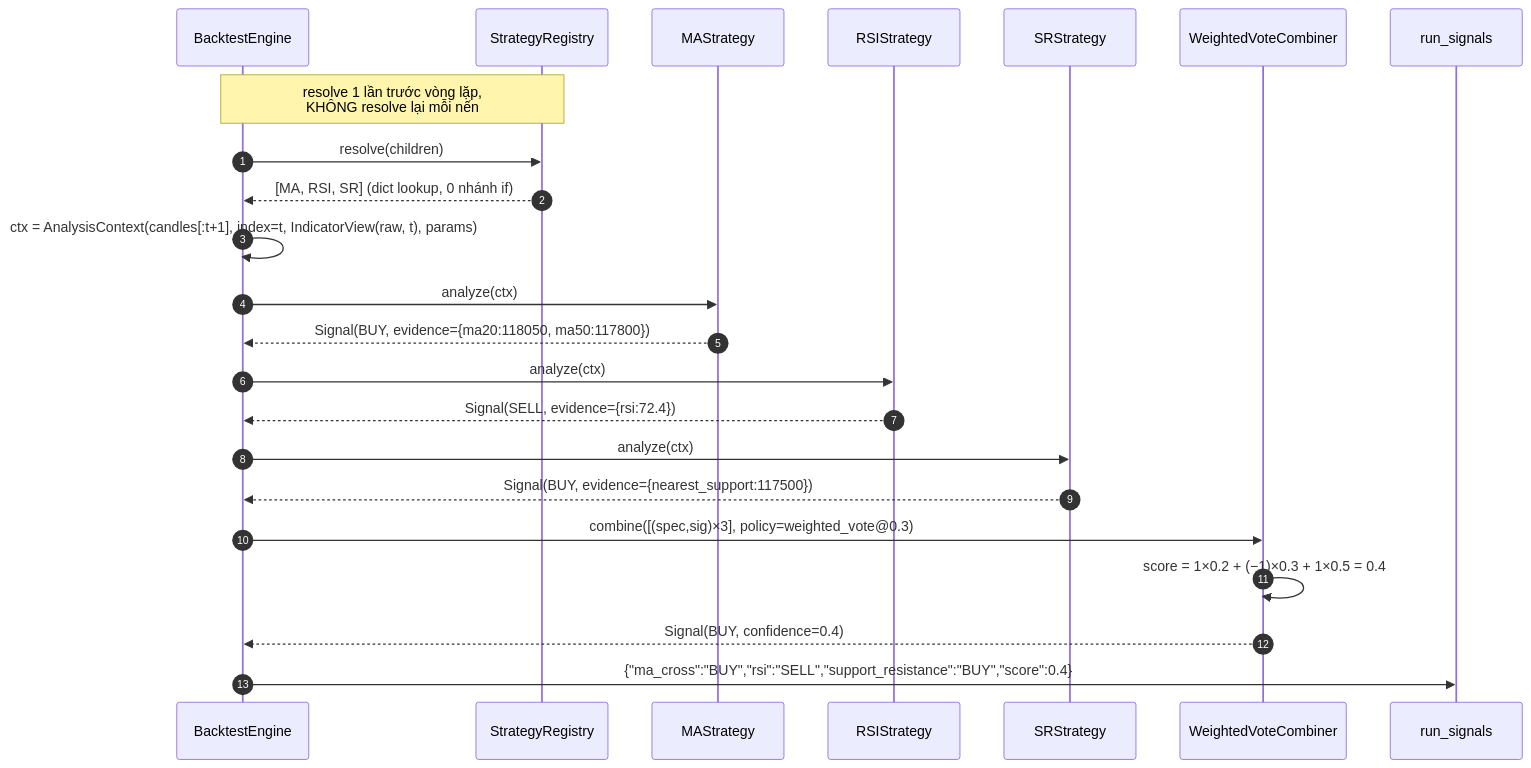
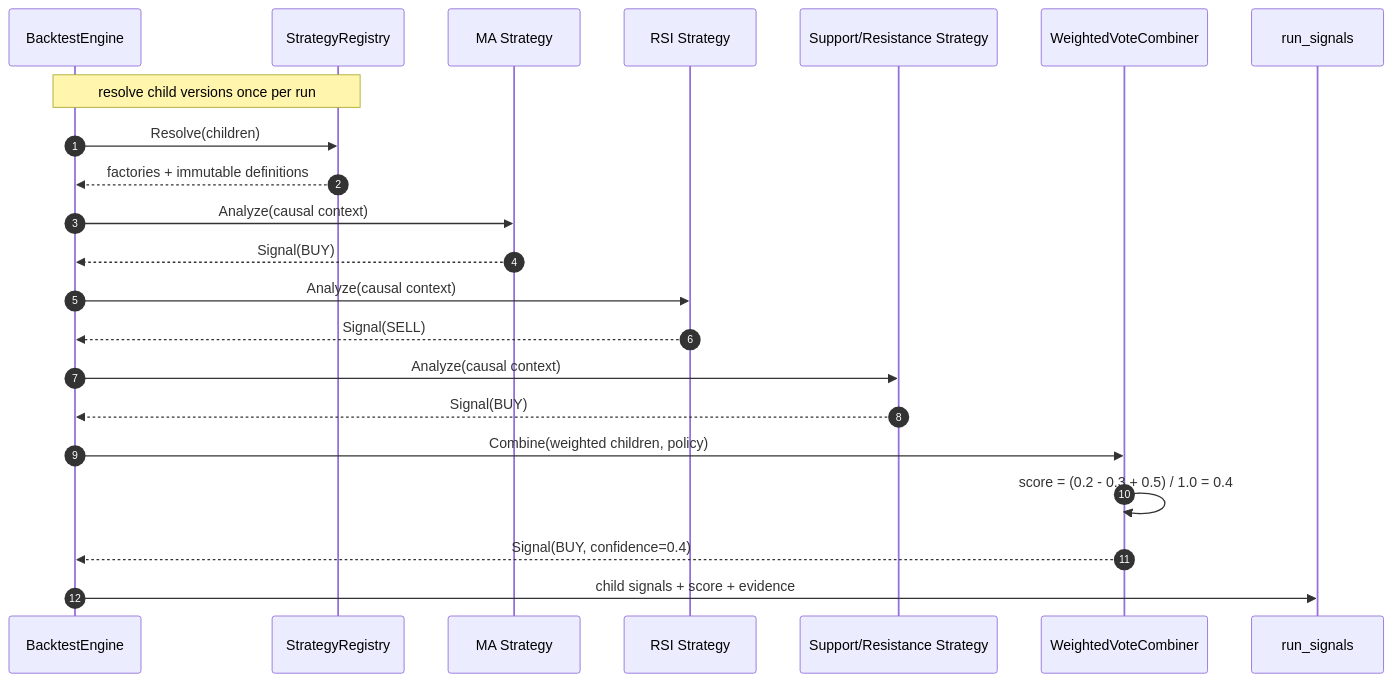
One commit to EnsoTech-Studio/CryptoBot changed the diagram in blueprint/specs/composite-strategy.md. Above: the diagram before and after it, drawn with Mermaid. The commit also changed other lines of this file and 69 other files, not shown here.

First line of the commit message:
docs(blueprint): reconcile Go architecture

````diff
--- a/blueprint/specs/composite-strategy.md
+++ b/blueprint/specs/composite-strategy.md
@@ -105,28 +95,25 @@
 ```mermaid
 sequenceDiagram
     autonumber
     participant ENG as BacktestEngine
     participant REG as StrategyRegistry
-    participant MA as MAStrategy
-    participant RSI as RSIStrategy
-    participant SR as SRStrategy
+    participant MA as MA Strategy
+    participant RSI as RSI Strategy
+    participant SR as Support/Resistance Strategy
     participant CMB as WeightedVoteCombiner
     participant SIG as run_signals
 
-    Note over ENG,REG: resolve 1 lần trước vòng lặp,<br/>KHÔNG resolve lại mỗi nến
-    ENG->>REG: resolve(children)
-    REG-->>ENG: [MA, RSI, SR] (dict lookup, 0 nhánh if)
-
-    ENG->>ENG: ctx = AnalysisContext(candles[:t+1], index=t, IndicatorView(raw, t), params)
-    ENG->>MA: analyze(ctx)
-    MA-->>ENG: Signal(BUY, evidence={ma20:118050, ma50:117800})
-    ENG->>RSI: analyze(ctx)
-    RSI-->>ENG: Signal(SELL, evidence={rsi:72.4})
-    ENG->>SR: analyze(ctx)
-    SR-->>ENG: Signal(BUY, evidence={nearest_support:117500})
-
-    ENG->>CMB: combine([(spec,sig)×3], policy=weighted_vote@0.3)
-    CMB->>CMB: score = 1×0.2 + (−1)×0.3 + 1×0.5 = 0.4
+    Note over ENG,REG: resolve child versions once per run
+    ENG->>REG: Resolve(children)
+    REG-->>ENG: factories + immutable definitions
+    ENG->>MA: Analyze(causal context)
+    MA-->>ENG: Signal(BUY)
+    ENG->>RSI: Analyze(causal context)
+    RSI-->>ENG: Signal(SELL)
+    ENG->>SR: Analyze(causal context)
+    SR-->>ENG: Signal(BUY)
+    ENG->>CMB: Combine(weighted children, policy)
+    CMB->>CMB: score = (0.2 - 0.3 + 0.5) / 1.0 = 0.4
     CMB-->>ENG: Signal(BUY, confidence=0.4)
-    ENG->>SIG: {"ma_cross":"BUY","rsi":"SELL","support_resistance":"BUY","score":0.4}
+    ENG->>SIG: child signals + score + evidence
 ```
````
